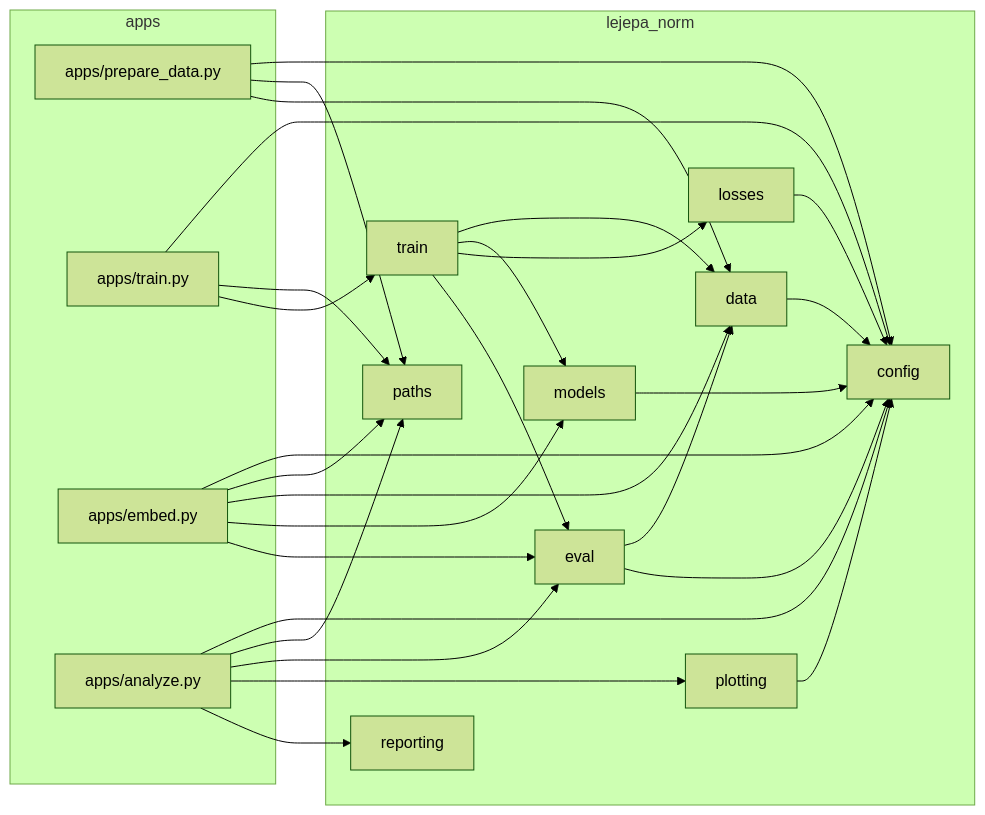
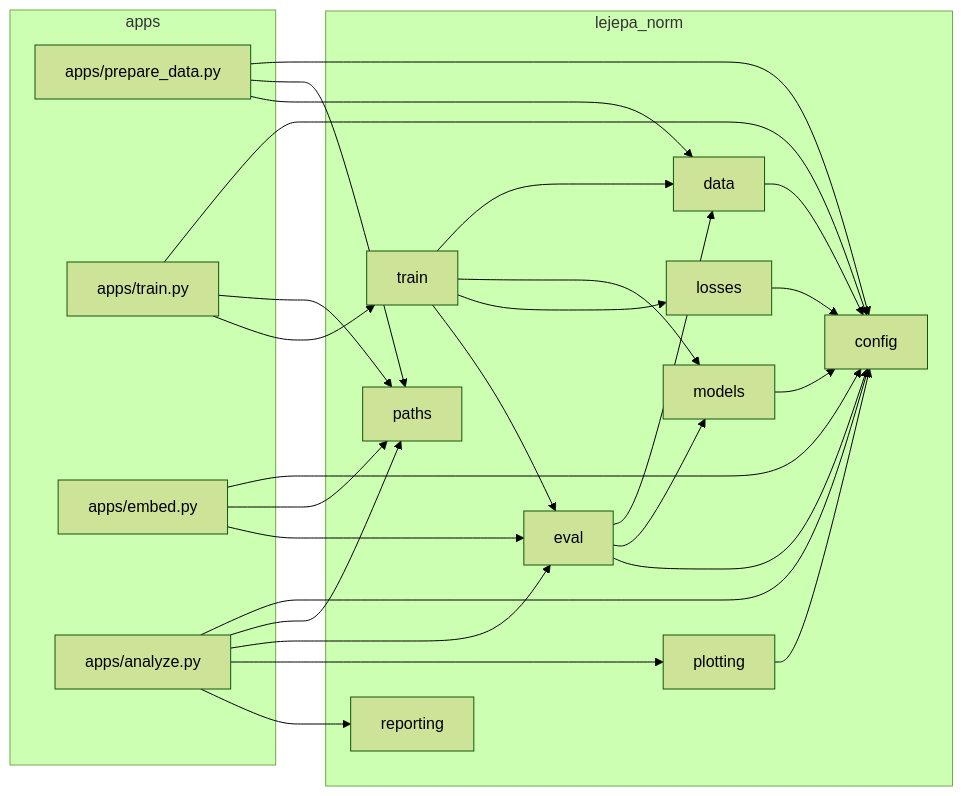
The first of 2 diagrams in docs/architecture.md (Dant86/lejepa_norm), drawn with Mermaid (forest theme) before and after one commit. The commit also changed 4 other files, not shown here.

````diff
--- a/docs/architecture.md
+++ b/docs/architecture.md
@@ -10,46 +10,45 @@
 ```mermaid
 graph LR
     subgraph apps
         PD["apps/prepare_data.py"]
         TR["apps/train.py"]
         EM["apps/embed.py"]
         AN["apps/analyze.py"]
     end
     subgraph lejepa_norm
         CFG["config"]
         PTH["paths"]
         DATA["data"]
         MOD["models"]
         LOSS["losses"]
         TRAIN["train"]
         EVAL["eval"]
         PLOT["plotting"]
         REP["reporting"]
     end
     PD --> CFG
     PD --> PTH
     PD --> DATA
     TR --> CFG
     TR --> PTH
     TR --> TRAIN
     EM --> CFG
     EM --> PTH
-    EM --> DATA
-    EM --> MOD
     EM --> EVAL
     AN --> CFG
     AN --> PTH
     AN --> EVAL
     AN --> PLOT
     AN --> REP
     TRAIN --> DATA
     TRAIN --> MOD
     TRAIN --> LOSS
     TRAIN --> EVAL
     EVAL --> DATA
+    EVAL --> MOD
     EVAL --> CFG
     DATA --> CFG
     MOD --> CFG
     LOSS --> CFG
     PLOT --> CFG
 ```
````
